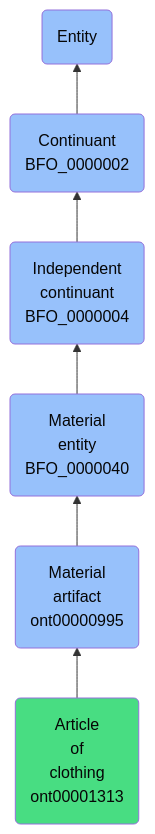
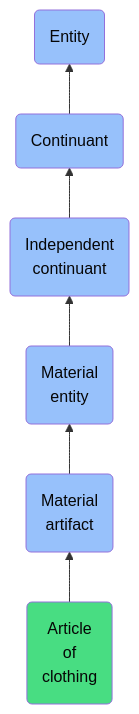
Before and after one commit to jupyter-naas/abi: the diagram in docs/ontology/reference/model/Entity/Continuant/Independent continuant/Material entity/Material artifact/Article of clothing/Article of clothing.md, drawn with Mermaid. The commit also changed other lines of this file and 1430 other files, not shown here.

````diff
--- a/docs/ontology/reference/model/Entity/Continuant/Independent continuant/Material entity/Material artifact/Article of clothing/Article of clothing.md
+++ b/docs/ontology/reference/model/Entity/Continuant/Independent continuant/Material entity/Material artifact/Article of clothing/Article of clothing.md
@@ -24,13 +24,13 @@
 ```mermaid
 graph BT
-    ont00001313(Article<br>of<br>clothing<br>ont00001313):::ABI-->ont00000995
-    ont00000995(Material<br>artifact<br>ont00000995):::BFO-->BFO_0000040
-    BFO_0000040(Material<br>entity<br>BFO_0000040):::BFO-->BFO_0000004
-    BFO_0000004(Independent<br>continuant<br>BFO_0000004):::BFO-->BFO_0000002
-    BFO_0000002(Continuant<br>BFO_0000002):::BFO-->BFO_0000001
+    ont00001313(Article<br>of<br>clothing):::ABI-->ont00000995
+    ont00000995(Material<br>artifact):::BFO-->BFO_0000040
+    BFO_0000040(Material<br>entity):::BFO-->BFO_0000004
+    BFO_0000004(Independent<br>continuant):::BFO-->BFO_0000002
+    BFO_0000002(Continuant):::BFO-->BFO_0000001
     BFO_0000001(Entity):::BFO
     
     classDef BFO fill:#97c1fb,color:#060606
     classDef CCO fill:#e4c51e,color:#060606
     classDef ABI fill:#48DD82,color:#060606
 ```
````
